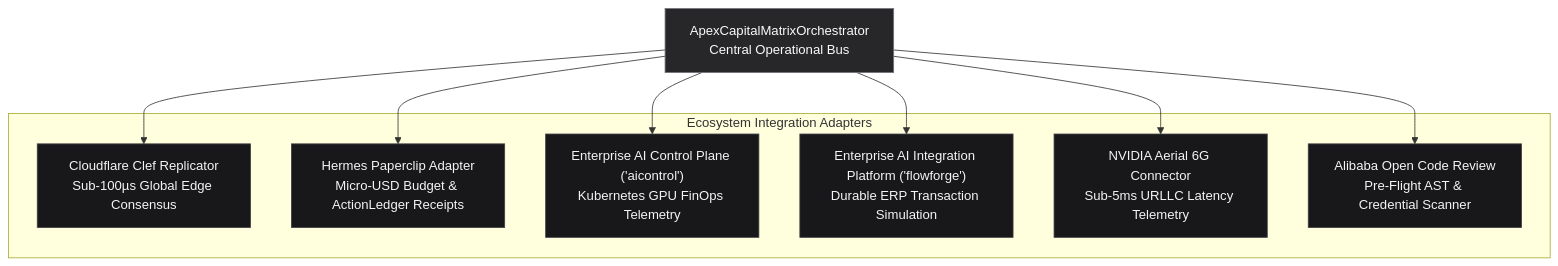
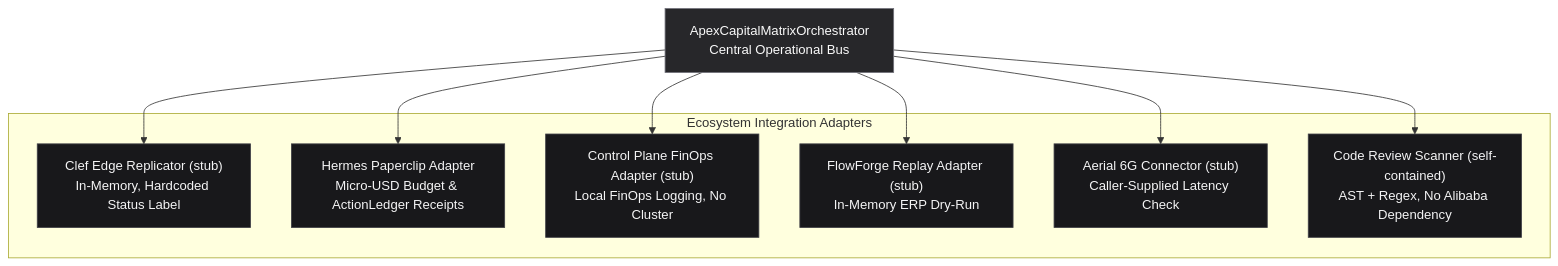
One commit to AAH20/apex-capitalmatrix changed the diagram in docs/INTEGRATION_GUIDE.md. Above: the diagram before and after it, drawn with Mermaid. The commit also changed other lines of this file and 12 other files, not shown here.

````diff
--- a/docs/INTEGRATION_GUIDE.md
+++ b/docs/INTEGRATION_GUIDE.md
@@ -15,25 +15,25 @@
 ```mermaid
 graph TD
     classDef default fill:#18181b,stroke:#3f3f46,stroke-width:1px,color:#f4f4f5;
     classDef highlight fill:#27272a,stroke:#71717a,stroke-width:1px,color:#fafafa;
 
     Orchestrator["ApexCapitalMatrixOrchestrator<br/>Central Operational Bus"]
 
     subgraph Adapters ["Ecosystem Integration Adapters"]
-        Clef["Cloudflare Clef Replicator<br/>Sub-100µs Global Edge Consensus"]
+        Clef["Clef Edge Replicator (stub)<br/>In-Memory, Hardcoded Status Label"]
         Paperclip["Hermes Paperclip Adapter<br/>Micro-USD Budget & ActionLedger Receipts"]
-        ControlPlane["Enterprise AI Control Plane ('aicontrol')<br/>Kubernetes GPU FinOps Telemetry"]
-        FlowForge["Enterprise AI Integration Platform ('flowforge')<br/>Durable ERP Transaction Simulation"]
-        Aerial["NVIDIA Aerial 6G Connector<br/>Sub-5ms URLLC Latency Telemetry"]
-        Alibaba["Alibaba Open Code Review<br/>Pre-Flight AST & Credential Scanner"]
+        ControlPlane["Control Plane FinOps Adapter (stub)<br/>Local FinOps Logging, No Cluster"]
+        FlowForge["FlowForge Replay Adapter (stub)<br/>In-Memory ERP Dry-Run"]
+        Aerial["Aerial 6G Connector (stub)<br/>Caller-Supplied Latency Check"]
+        Alibaba["Code Review Scanner (self-contained)<br/>AST + Regex, No Alibaba Dependency"]
     end
 
     Orchestrator --> Clef
     Orchestrator --> Paperclip
     Orchestrator --> ControlPlane
     Orchestrator --> FlowForge
     Orchestrator --> Aerial
     Orchestrator --> Alibaba
 
     class Orchestrator highlight;
 ```
````
